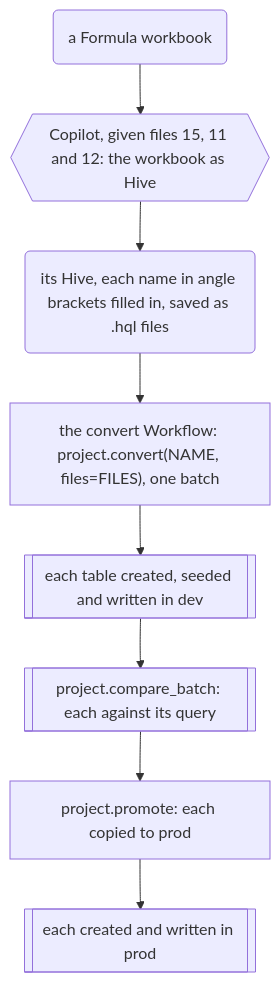
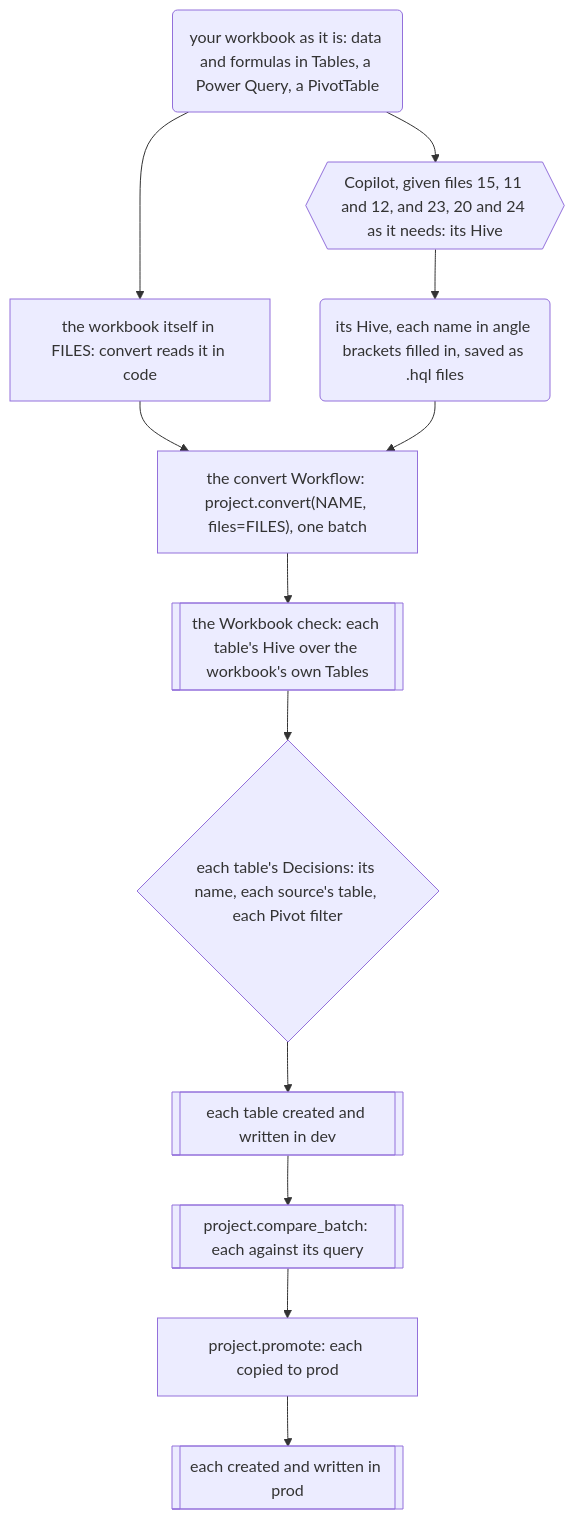
One commit to EdgyPage/SQL-Composer changed the ninth of 9 diagrams in .github/README.md. Above: the diagram before and after it, drawn with Mermaid. The commit also changed other lines of this file and 69 other files, not shown here.

````diff
--- a/.github/README.md
+++ b/.github/README.md
@@ -1767,12 +1773,17 @@
 ```mermaid
 flowchart TD
-    workbook("a Formula workbook")
-    copilot{{"Copilot, given files 15, 11 and 12: the workbook as Hive"}}
+    workbook("your workbook as it is: data and formulas in Tables, a Power Query, a PivotTable")
+    code["the workbook itself in FILES: convert reads it in code"]
+    copilot{{"Copilot, given files 15, 11 and 12, and 23, 20 and 24 as it needs: its Hive"}}
     scripts("its Hive, each name in angle brackets filled in, saved as .hql files")
     convert["the convert Workflow: project.convert(NAME, files=FILES), one batch"]
-    dev[["each table created, seeded and written in dev"]]
+    check[["the Workbook check: each table's Hive over the workbook's own Tables"]]
+    decisions{"each table's Decisions: its name, each source's table, each Pivot filter"}
+    dev[["each table created and written in dev"]]
     compare[["project.compare_batch: each against its query"]]
     promote["project.promote: each copied to prod"]
     prod[["each created and written in prod"]]
-    workbook --> copilot --> scripts --> convert --> dev --> compare --> promote --> prod
+    workbook --> code --> convert
+    workbook --> copilot --> scripts --> convert
+    convert --> check --> decisions --> dev --> compare --> promote --> prod
 ```
````
